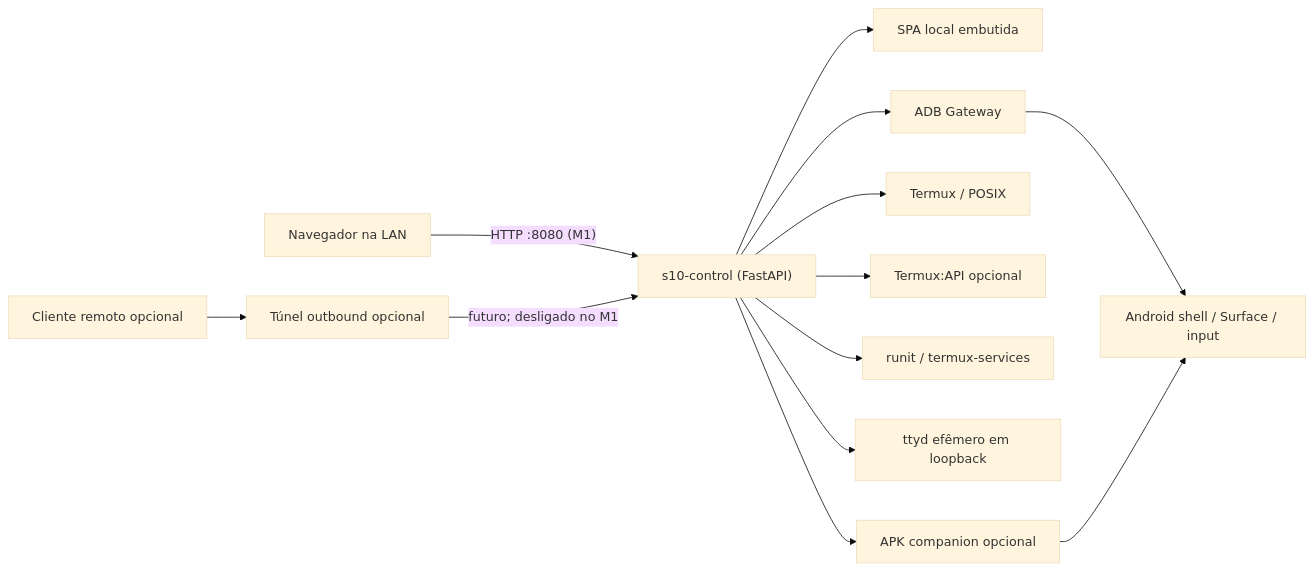
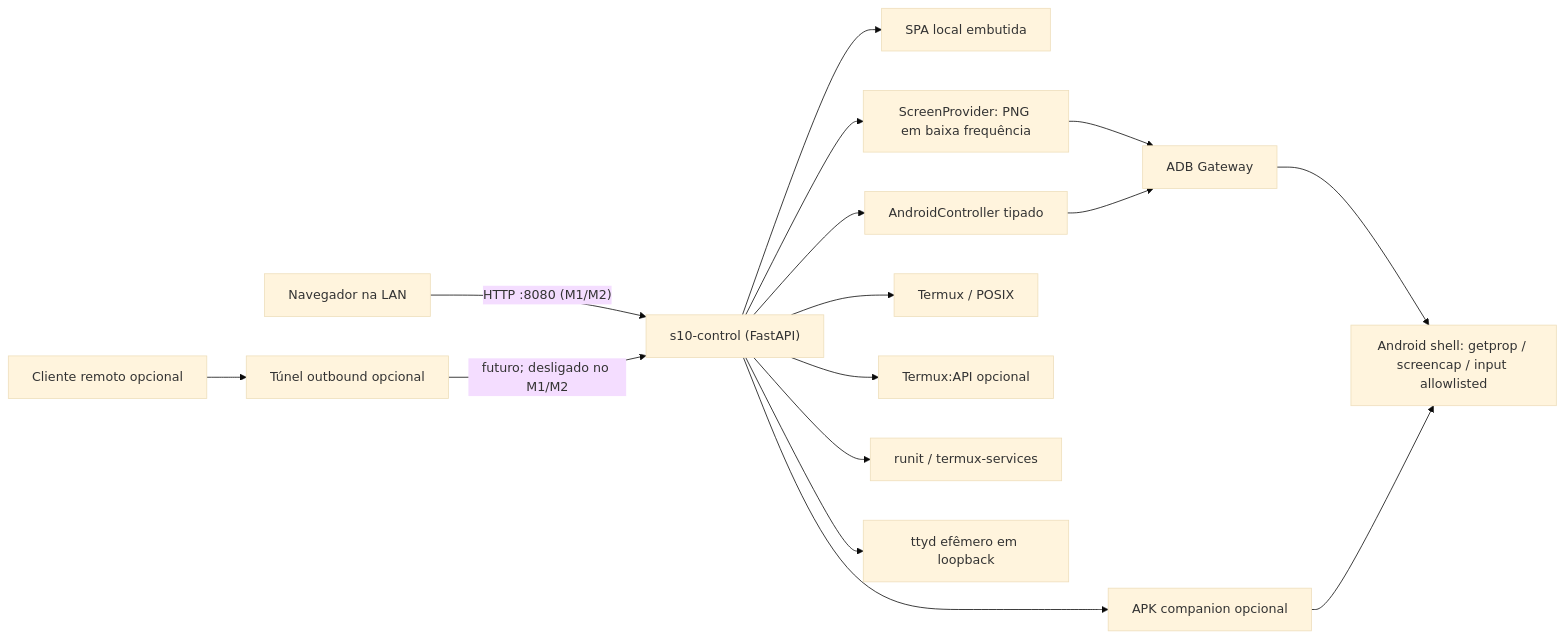
The diagram in ARCHITECTURE.md (LuisGeovani/TelefoneRemoto), drawn with Mermaid (base theme) before and after one commit. The commit also changed other lines of this file and 45 other files, not shown here.

Commit message:
feat(control): add frame-bound Android screen MVP

````diff
--- a/ARCHITECTURE.md
+++ b/ARCHITECTURE.md
@@ -17,17 +18,20 @@
 ```mermaid
 flowchart LR
-    lan["Navegador na LAN"] -->|"HTTP :8080 (M1)"| core["s10-control (FastAPI)"]
+    lan["Navegador na LAN"] -->|"HTTP :8080 (M1/M2)"| core["s10-control (FastAPI)"]
     remote["Cliente remoto opcional"] --> tunnel["Túnel outbound opcional"]
-    tunnel -->|"futuro; desligado no M1"| core
+    tunnel -->|"futuro; desligado no M1/M2"| core
 
     core --> ui["SPA local embutida"]
-    core --> adb["ADB Gateway"]
+    core --> screen["ScreenProvider: PNG em baixa frequência"]
+    core --> control["AndroidController tipado"]
+    screen --> adb["ADB Gateway"]
+    control --> adb
     core --> local["Termux / POSIX"]
     core --> api["Termux:API opcional"]
     core --> runit["runit / termux-services"]
     core --> ttyd["ttyd efêmero em loopback"]
     core --> companion["APK companion opcional"]
 
-    adb --> android["Android shell / Surface / input"]
+    adb --> android["Android shell: getprop / screencap / input allowlisted"]
     companion --> android
 ```
````
